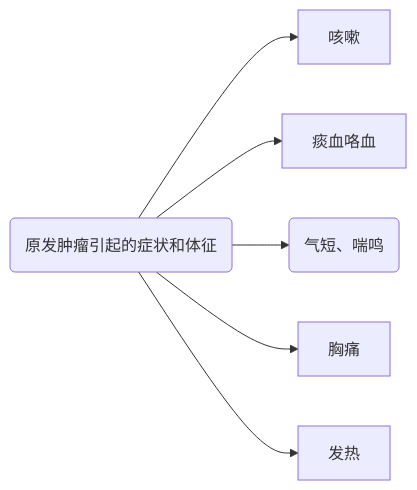
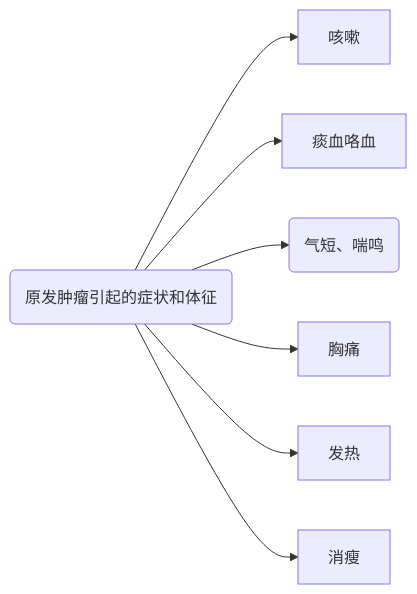
One commit to viket-vista/Notes changed the fifth of 5 diagrams in 大三下/内科学.md. Above: the diagram before and after it, drawn with Mermaid. The commit also changed other lines of this file, not shown here.

````diff
--- a/大三下/内科学.md
+++ b/大三下/内科学.md
@@ -165,8 +165,9 @@
 ```mermaid
 graph LR
 A(原发肿瘤引起的症状和体征) --> 咳嗽
 A --> 痰血咯血
 A --> B("气短、喘鸣")
 A --> 胸痛
 A --> 发热
+A --> 消瘦
 ```
````
